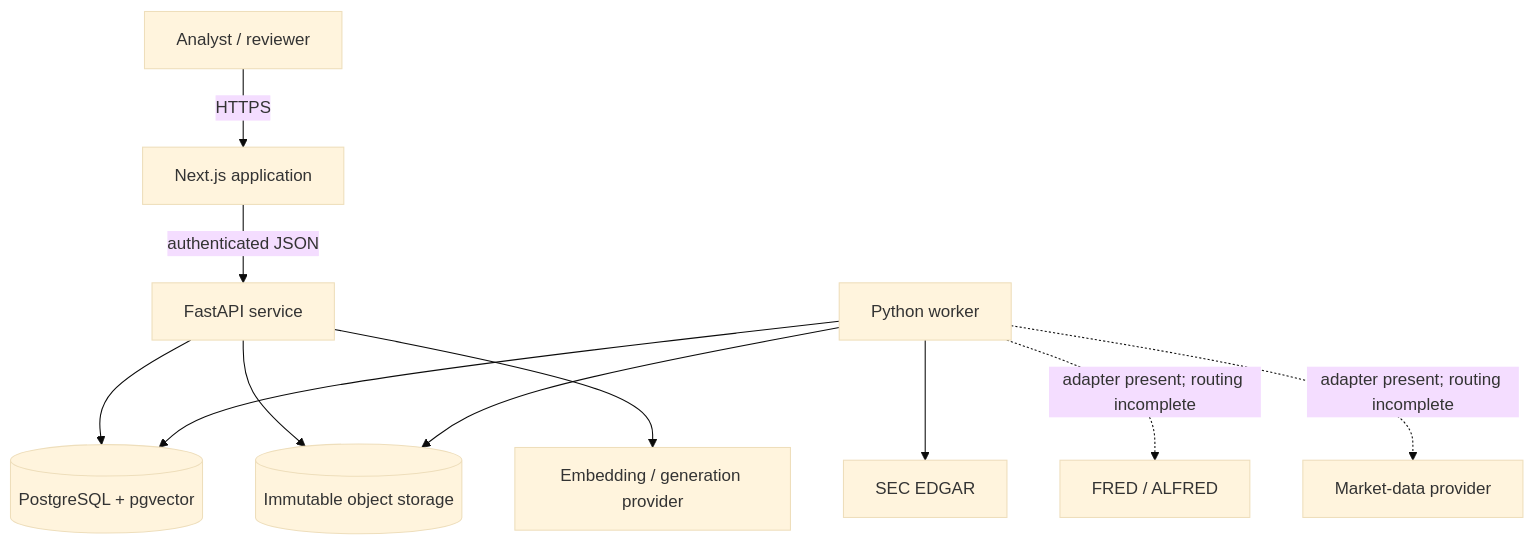
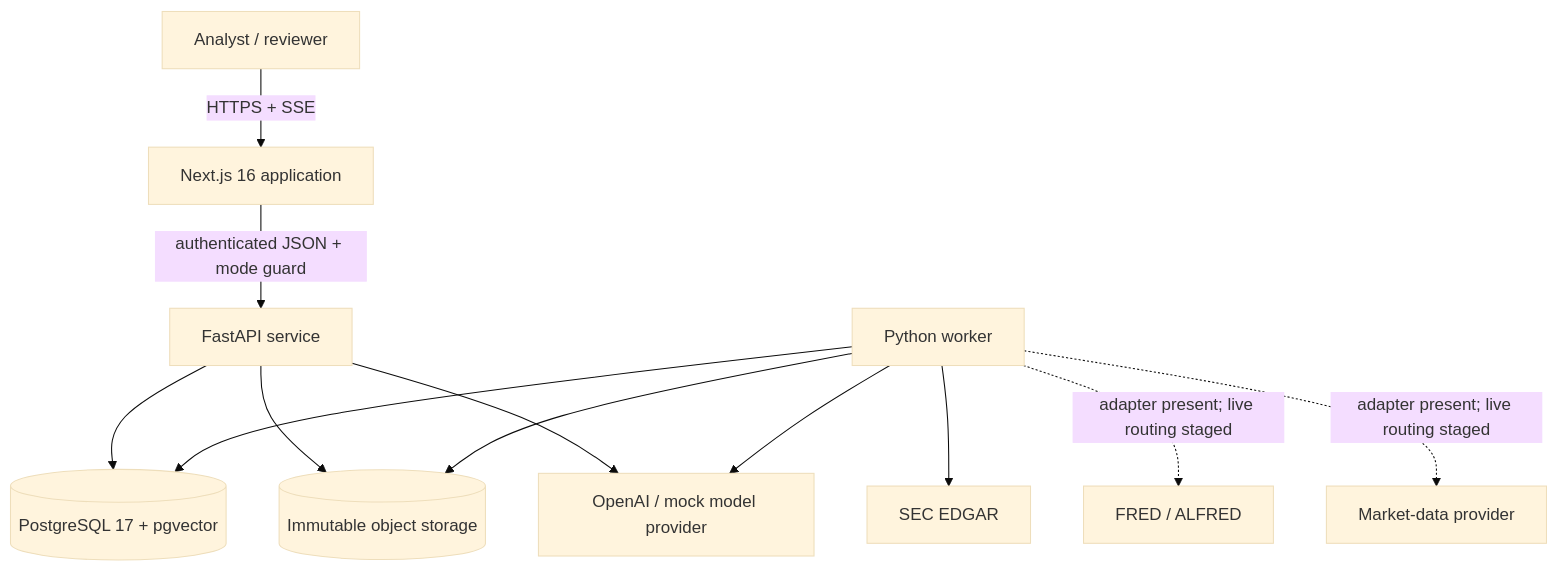
Before and after one commit to wilsonhj/financial-evidence-lab: the diagram in docs/architecture/overview.md, drawn with Mermaid (base theme). The commit also changed other lines of this file and 15 other files, not shown here.

Commit message:
feat(web,docs): add editable SVG architecture diagrams and 3D/2D lineage visualizations

````diff
--- a/docs/architecture/overview.md
+++ b/docs/architecture/overview.md
@@ -26,24 +30,25 @@
 ```mermaid
 flowchart TB
     Analyst[Analyst / reviewer]
-    Web[Next.js application]
+    Web[Next.js 16 application]
     API[FastAPI service]
     Worker[Python worker]
-    PG[(PostgreSQL + pgvector)]
+    PG[(PostgreSQL 17 + pgvector)]
     Objects[(Immutable object storage)]
     SEC[SEC EDGAR]
     FRED[FRED / ALFRED]
     Market[Market-data provider]
-    Model[Embedding / generation provider]
+    Model[OpenAI / mock model provider]
 
-    Analyst -->|HTTPS| Web
-    Web -->|authenticated JSON| API
+    Analyst -->|HTTPS + SSE| Web
+    Web -->|authenticated JSON + mode guard| API
     API --> PG
     API --> Objects
     API --> Model
     Worker --> PG
     Worker --> Objects
     Worker --> SEC
-    Worker -. adapter present; routing incomplete .-> FRED
-    Worker -. adapter present; routing incomplete .-> Market
+    Worker --> Model
+    Worker -. adapter present; live routing staged .-> FRED
+    Worker -. adapter present; live routing staged .-> Market
 ```
````
